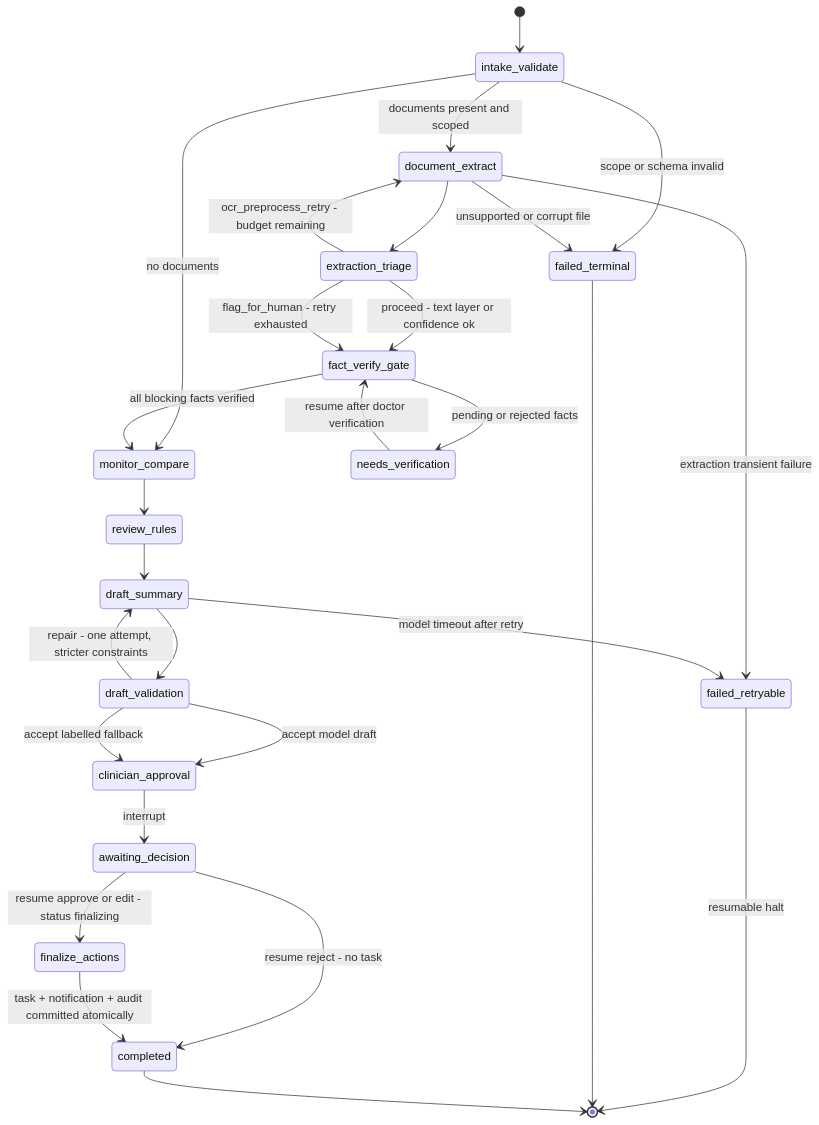
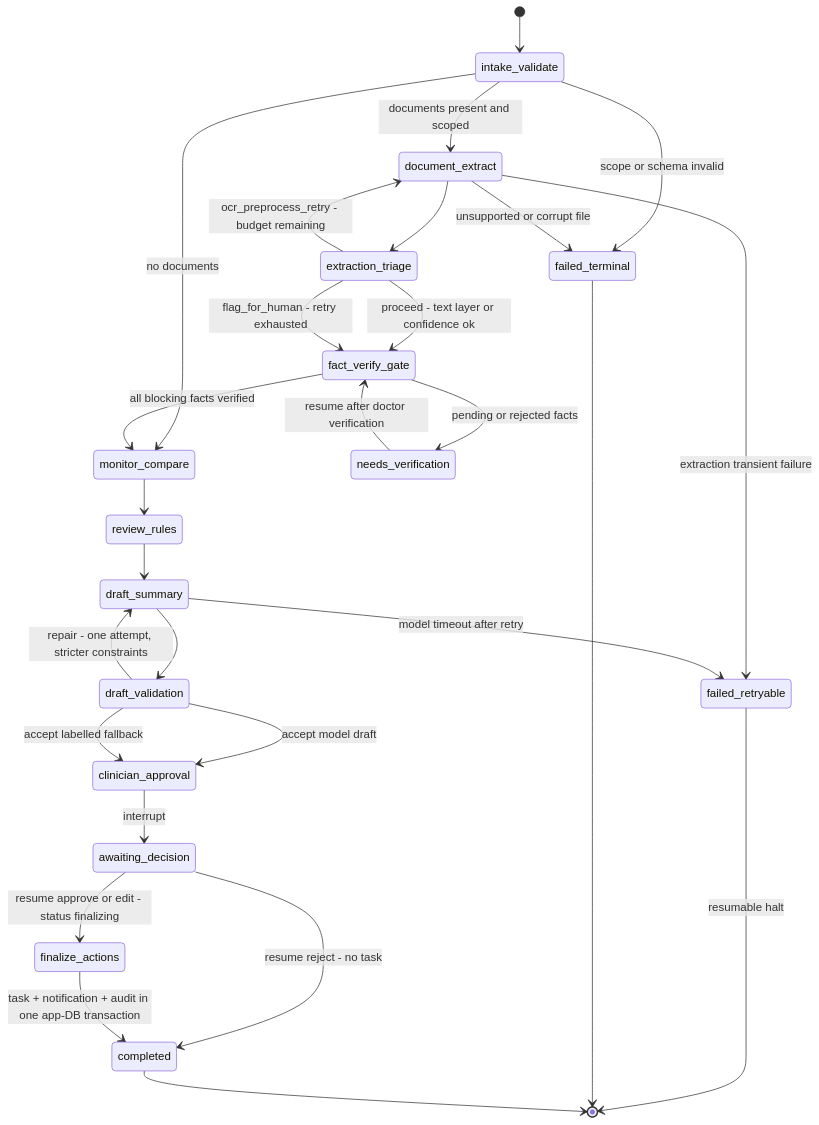
Before and after one commit to Muhammed-Fathi/AI-Doctor-FollowUp-Agent: the diagram in docs/contracts/STATE_AND_GRAPH_CONTRACT.md, drawn with Mermaid. The commit also changed other lines of this file and 21 other files, not shown here.

````diff
--- a/docs/contracts/STATE_AND_GRAPH_CONTRACT.md
+++ b/docs/contracts/STATE_AND_GRAPH_CONTRACT.md
@@ -339,30 +434,30 @@
 ```mermaid
 stateDiagram-v2
     [*] --> intake_validate
     intake_validate --> document_extract: documents present and scoped
     intake_validate --> monitor_compare: no documents
     intake_validate --> failed_terminal: scope or schema invalid
     document_extract --> extraction_triage
     extraction_triage --> document_extract: ocr_preprocess_retry - budget remaining
     extraction_triage --> fact_verify_gate: proceed - text layer or confidence ok
     extraction_triage --> fact_verify_gate: flag_for_human - retry exhausted
     document_extract --> failed_retryable: extraction transient failure
     document_extract --> failed_terminal: unsupported or corrupt file
     fact_verify_gate --> monitor_compare: all blocking facts verified
     fact_verify_gate --> needs_verification: pending or rejected facts
     needs_verification --> fact_verify_gate: resume after doctor verification
     monitor_compare --> review_rules
     review_rules --> draft_summary
     draft_summary --> draft_validation
     draft_validation --> draft_summary: repair - one attempt, stricter constraints
     draft_validation --> clinician_approval: accept model draft
     draft_validation --> clinician_approval: accept labelled fallback
     draft_summary --> failed_retryable: model timeout after retry
     clinician_approval --> awaiting_decision: interrupt
     awaiting_decision --> finalize_actions: resume approve or edit - status finalizing
     awaiting_decision --> completed: resume reject - no task
-    finalize_actions --> completed: task + notification + audit committed atomically
+    finalize_actions --> completed: task + notification + audit in one app-DB transaction
     failed_retryable --> [*]: resumable halt
     failed_terminal --> [*]
     completed --> [*]
 ```
````
